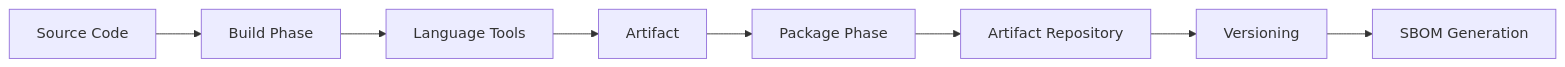
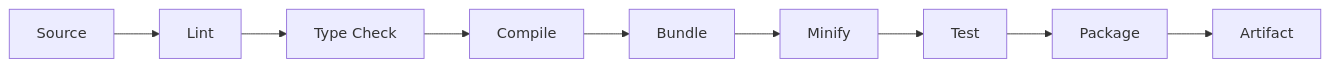
One commit to Raushan666java/ai-engineering-journey changed the second of 2 diagrams in docs/courses/devops/03-build-tools.md. Above: the diagram before and after it, drawn with Mermaid. The commit also changed other lines of this file and 62 other files, not shown here.

````diff
--- a/docs/courses/devops/03-build-tools.md
+++ b/docs/courses/devops/03-build-tools.md
@@ -30,10 +55,11 @@
 ```mermaid
 flowchart LR
-    A[Source Code] --> B[Build Phase]
-    B --> C[Language Tools]
-    C --> D[Artifact]
-    D --> E[Package Phase]
-    E --> F[Artifact Repository]
-    F --> G[Versioning]
-    G --> H[SBOM Generation]
+    A[Source] --> B[Lint]
+    B --> C[Type Check]
+    C --> D[Compile]
+    D --> E[Bundle]
+    E --> F[Minify]
+    F --> G[Test]
+    G --> H[Package]
+    H --> I[Artifact]
 ```
````
